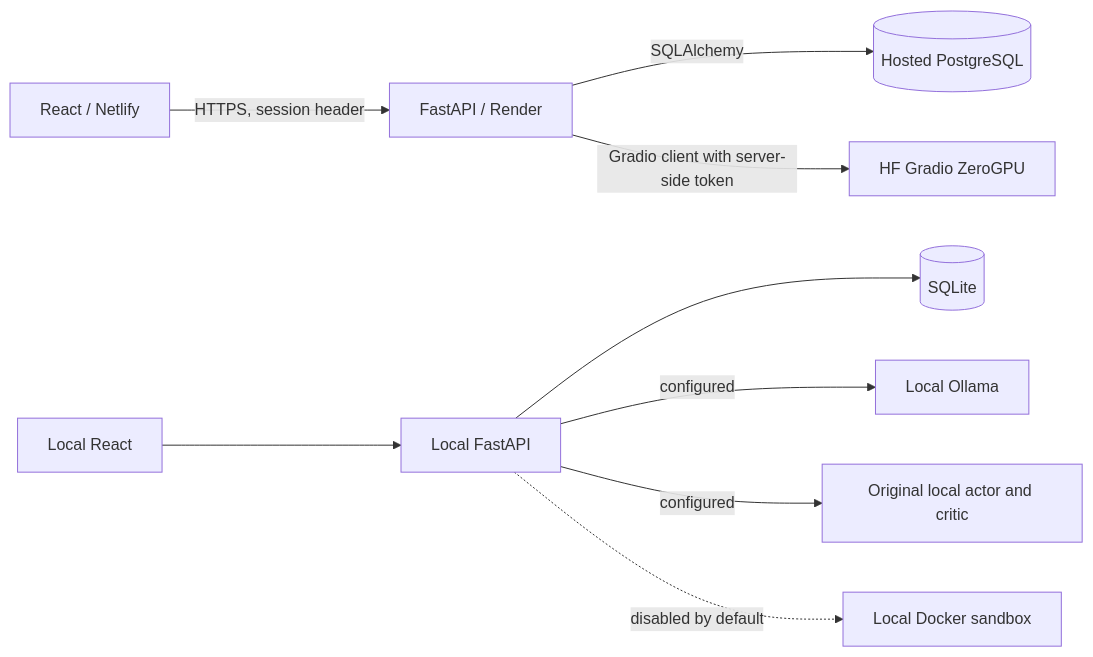
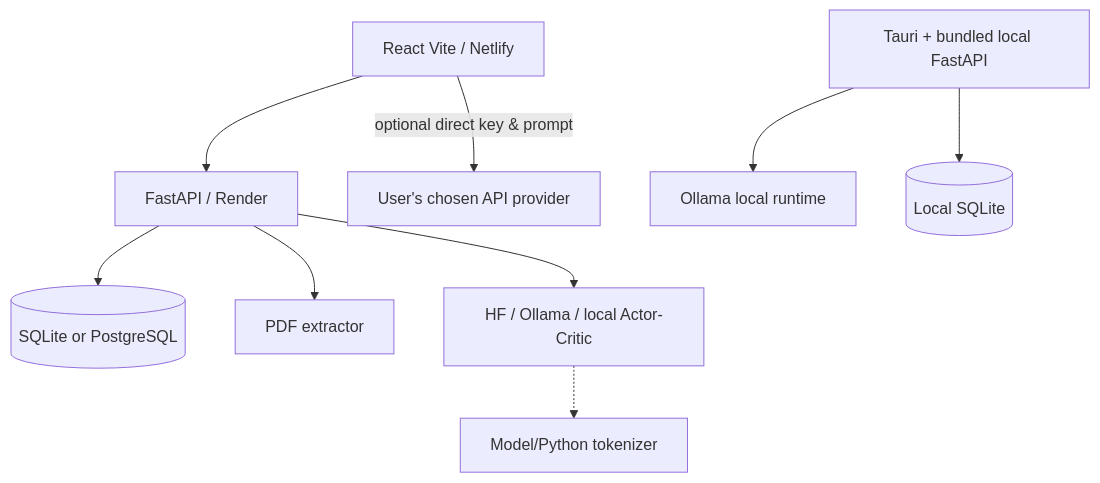
One commit to KiritoTempest175/PACE changed the diagram in README.md. Above: the diagram before and after it, drawn with Mermaid. The commit also changed other lines of this file, not shown here.

````diff
--- a/README.md
+++ b/README.md
@@ -25,11 +27,11 @@
 ```mermaid
-flowchart LR
-    Client[React / Netlify] -->|HTTPS, session header| Api[FastAPI / Render]
-    Api -->|SQLAlchemy| Neon[(Hosted PostgreSQL)]
-    Api -->|Gradio client with server-side token| HF[HF Gradio ZeroGPU]
-    Local[Local React] --> ApiLocal[Local FastAPI]
-    ApiLocal --> Sqlite[(SQLite)]
-    ApiLocal -->|configured| Ollama[Local Ollama]
-    ApiLocal -->|configured| Models[Original local actor and critic]
-    ApiLocal -.->|disabled by default| Sandboxed[Local Docker sandbox]
+flowchart TD
+  Web[React Vite / Netlify] --> API[FastAPI / Render]
+  Web -->|optional direct key & prompt| Provider[User's chosen API provider]
+  API --> DB[(SQLite or PostgreSQL)]
+  API --> PDFs[PDF extractor]
+  API --> AI[HF / Ollama / local Actor-Critic]
+  AI -.-> Tokens[Model/Python tokenizer]
+  Desktop[Tauri + bundled local FastAPI] --> Ollama[Ollama local runtime]
+  Desktop --> LocalDB[(Local SQLite)]
 ```
````
